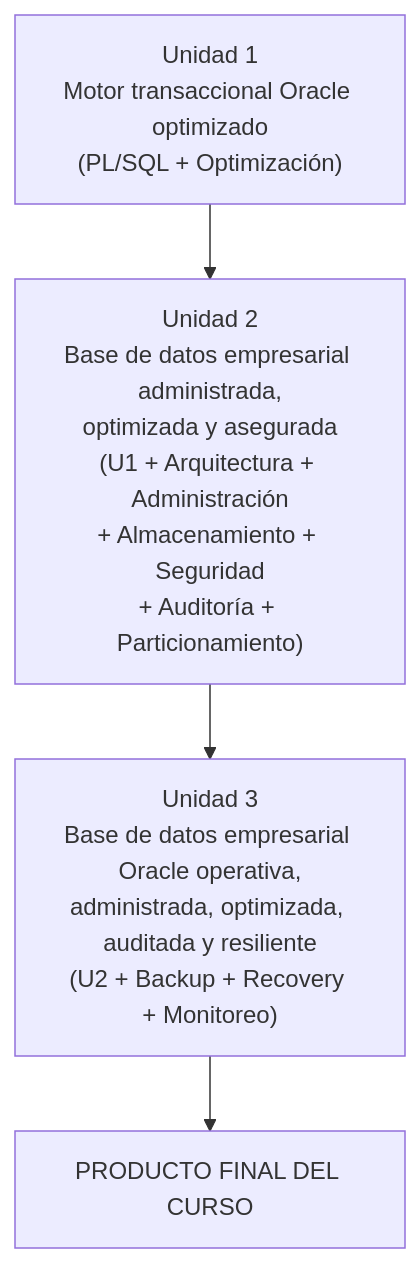
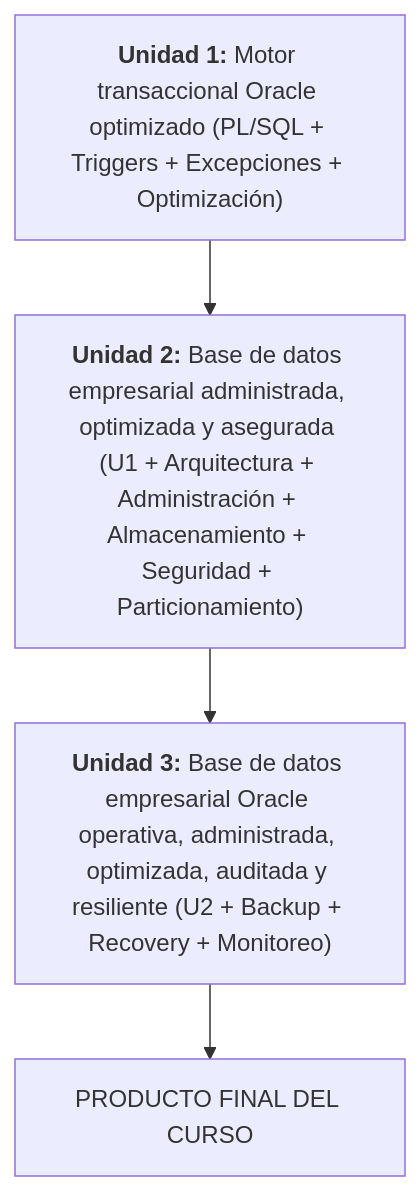
Before and after one commit to 262ciclo4/bomerp: the diagram in docs/bd2/index.md, drawn with Mermaid. The commit also changed other lines of this file and 10 other files, not shown here.

````diff
--- a/docs/bd2/index.md
+++ b/docs/bd2/index.md
@@ -96,9 +73,9 @@
 ```mermaid
 flowchart TD
-    U1["Unidad 1<br>Motor transaccional Oracle optimizado<br>(PL/SQL + Optimización)"]
-    U2["Unidad 2<br>Base de datos empresarial administrada,<br>optimizada y asegurada<br>(U1 + Arquitectura + Administración<br>+ Almacenamiento + Seguridad<br>+ Auditoría + Particionamiento)"]
-    U3["Unidad 3<br>Base de datos empresarial Oracle operativa,<br>administrada, optimizada, auditada y resiliente<br>(U2 + Backup + Recovery + Monitoreo)"]
+    U1["`**Unidad 1:** Motor transaccional Oracle optimizado (PL/SQL + Triggers + Excepciones + Optimización)`"]
+    U2["`**Unidad 2:** Base de datos empresarial administrada, optimizada y asegurada (U1 + Arquitectura + Administración + Almacenamiento + Seguridad + Particionamiento)`"]
+    U3["`**Unidad 3:** Base de datos empresarial Oracle operativa, administrada, optimizada, auditada y resiliente (U2 + Backup + Recovery + Monitoreo)`"]
     PF["PRODUCTO FINAL DEL CURSO"]
 
     U1 --> U2 --> U3 --> PF
 ```
````
